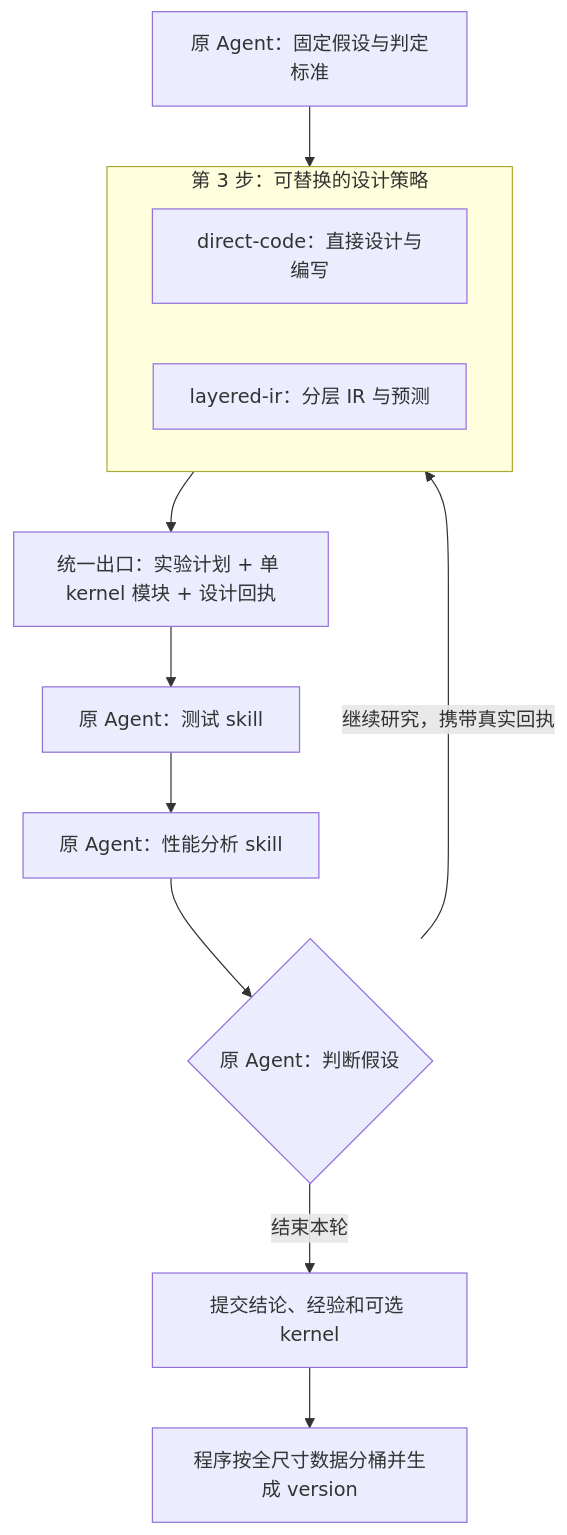
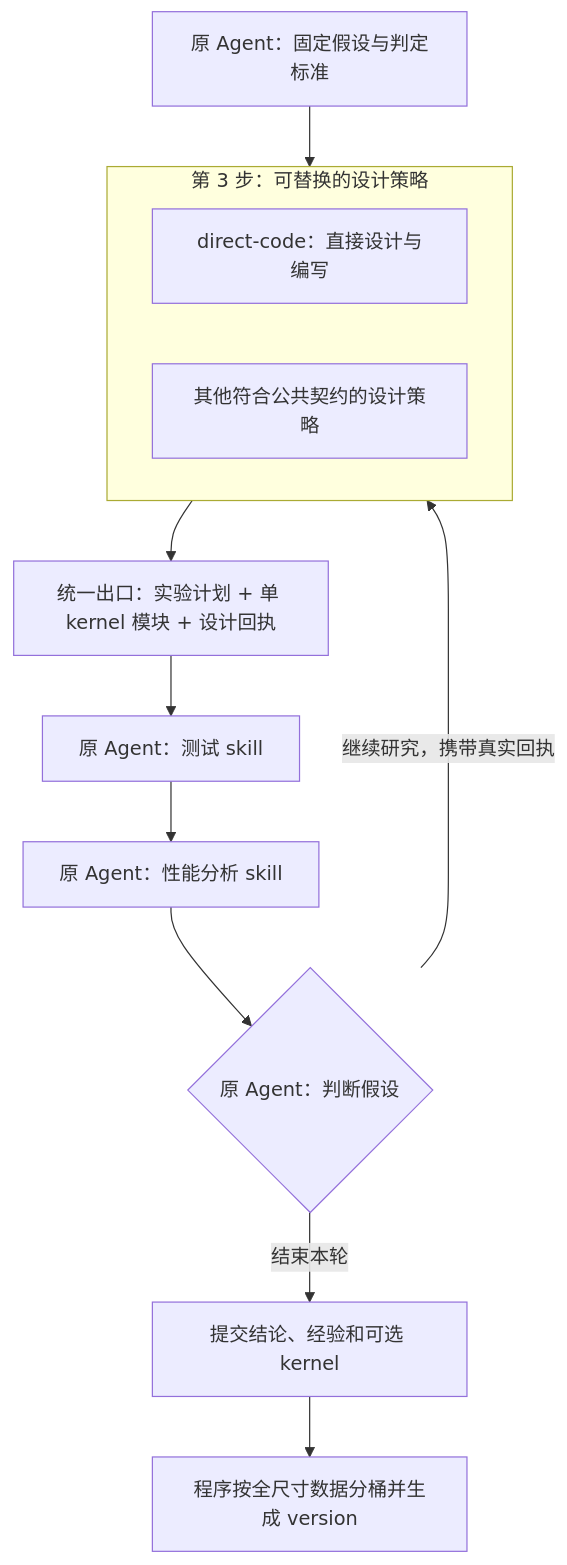
The diagram in docs/plans/2026-09-25-pluggable-kernel-design-step.md (KDZZZZZZ/meteor), drawn with Mermaid before and after one commit. The commit also changed other lines of this file and 3 other files, not shown here.

````diff
--- a/docs/plans/2026-09-25-pluggable-kernel-design-step.md
+++ b/docs/plans/2026-09-25-pluggable-kernel-design-step.md
@@ -11,15 +11,15 @@
 ```mermaid
 flowchart TD
     H[原 Agent：固定假设与判定标准] --> P
     subgraph P[第 3 步：可替换的设计策略]
         D[direct-code：直接设计与编写]
-        L[layered-ir：分层 IR 与预测]
+        L[其他符合公共契约的设计策略]
     end
     P --> O[统一出口：实验计划 + 单 kernel 模块 + 设计回执]
     O --> T[原 Agent：测试 skill]
     T --> A[原 Agent：性能分析 skill]
     A --> Q{原 Agent：判断假设}
     Q -->|继续研究，携带真实回执| P
     Q -->|结束本轮| S[提交结论、经验和可选 kernel]
     S --> V[程序按全尺寸数据分桶并生成 version]
 ```
````
